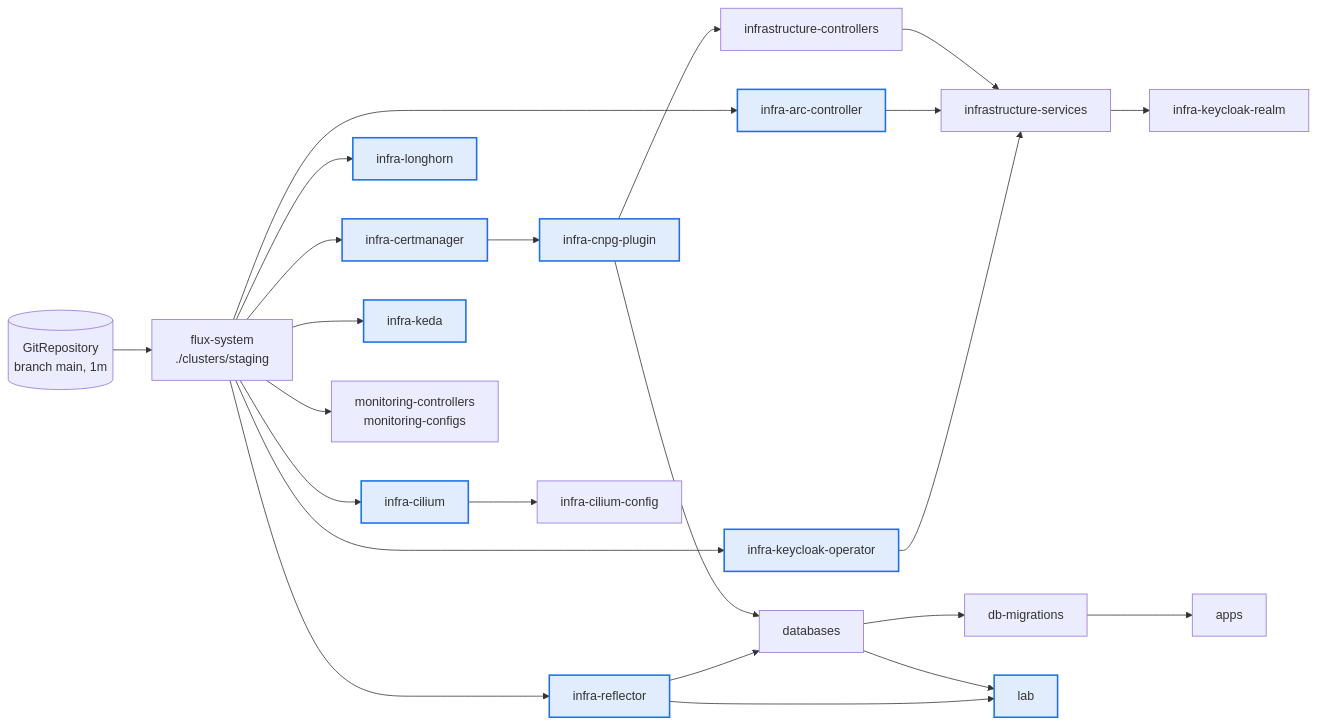
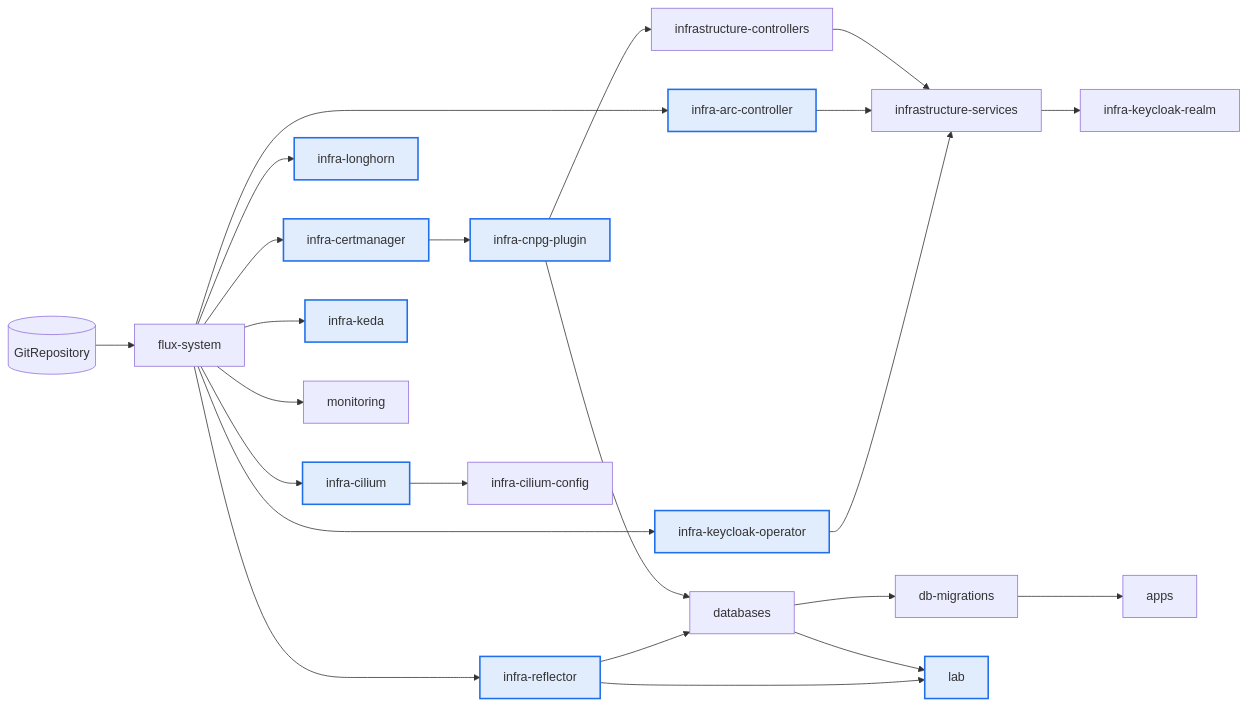
Before and after one commit to eliorion/homelab_v1: the second of 3 diagrams in README.md, drawn with Mermaid. The commit also changed other lines of this file, not shown here.

First line of the commit message:
docs(readme): explain the off-site Garage cluster, and redraw the diagrams

````diff
--- a/README.md
+++ b/README.md
@@ -176,32 +205,32 @@
 ```mermaid
 flowchart LR
-    git[("GitRepository<br/>branch main, 1m")] --> root["flux-system<br/>./clusters/staging"]
+    git[("GitRepository")] --> root["flux-system"]
 
     root --> cm["infra-certmanager"]
     root --> arc["infra-arc-controller"]
     root --> lh["infra-longhorn"]
     root --> cil["infra-cilium"]
     root --> refl["infra-reflector"]
     root --> keda["infra-keda"]
     root --> kco["infra-keycloak-operator"]
-    root --> mon["monitoring-controllers<br/>monitoring-configs"]
+    root --> mon["monitoring"]
 
     cm --> plugin["infra-cnpg-plugin"]
     plugin --> ctrl["infrastructure-controllers"]
     ctrl --> svc["infrastructure-services"]
     arc --> svc
     kco --> svc
     svc --> realm["infra-keycloak-realm"]
 
     cil --> cilcfg["infra-cilium-config"]
 
     plugin --> db["databases"]
     refl --> db
     db --> mig["db-migrations"]
     mig --> apps["apps"]
     db --> lab["lab"]
     refl --> lab
 
     classDef gate fill:#1f6feb22,stroke:#1f6feb,stroke-width:2px
     class cm,plugin,arc,lh,cil,refl,keda,kco,lab gate
 ```
````
